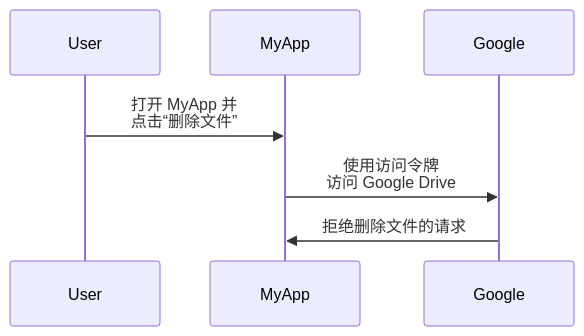
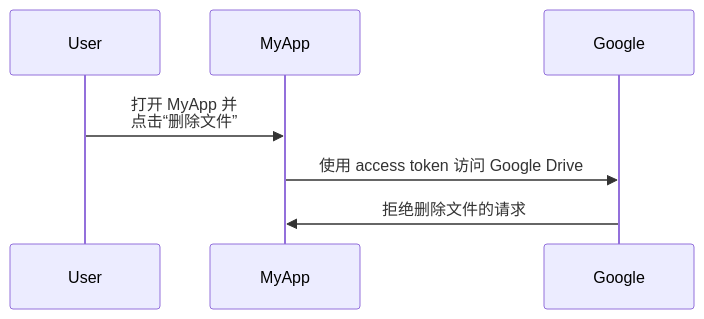
The third of 3 diagrams in src/content/terms/zh/oauth-2.0.mdx (logto-io/auth-wiki), drawn with Mermaid before and after one commit. The commit also changed other lines of this file and 66 other files, not shown here.

````diff
--- a/src/content/terms/zh/oauth-2.0.mdx
+++ b/src/content/terms/zh/oauth-2.0.mdx
@@ -104,10 +103,10 @@
 ```mermaid
 sequenceDiagram
     participant User
     participant MyApp
     participant Google
 
     User->>MyApp: 打开 MyApp 并<br/>点击“删除文件”
-    MyApp->>Google: 使用访问令牌<br/>访问 Google Drive
+    MyApp->>Google: 使用 access token 访问 Google Drive
     Google->>MyApp: 拒绝删除文件的请求
 ```
````
